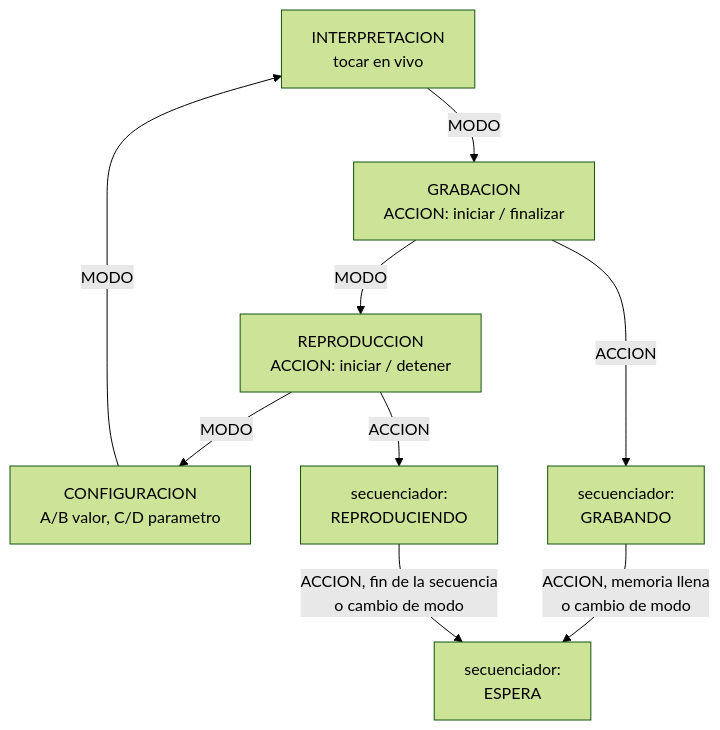
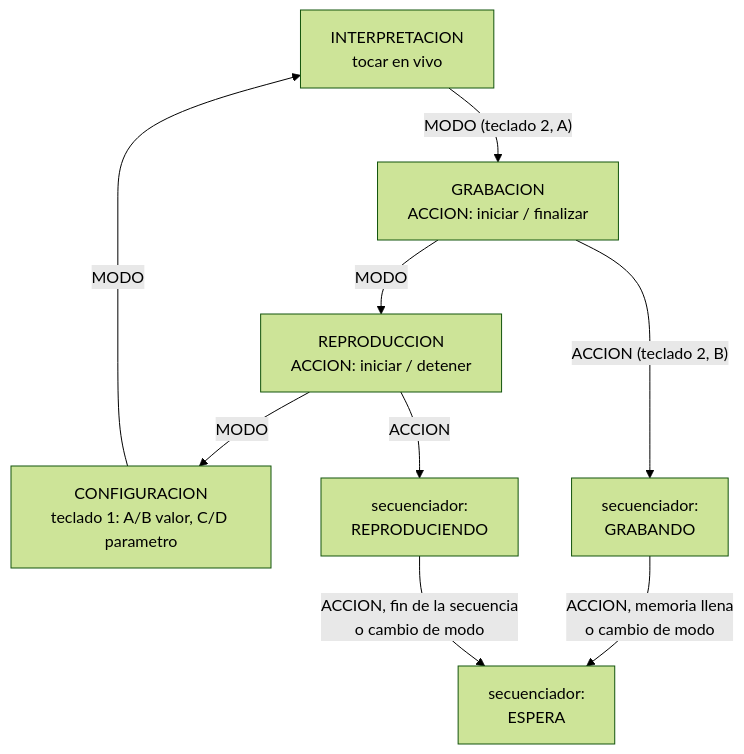
One commit to samisal123/robot-seguidor-luz-vlsi changed the diagram in docs/diagramas/modos.mmd. Above: the diagram before and after it, drawn with Mermaid (forest theme). The commit also changed 47 other files, not shown here.

Commit message:
controles en el teclado 2 y leds con el modo; se quitan la vga y los botones

```diff
--- a/docs/diagramas/modos.mmd
+++ b/docs/diagramas/modos.mmd
@@ -1,9 +1,9 @@
 flowchart TB
-    INT["INTERPRETACION<br/>tocar en vivo"] -- "MODO" --> GRA["GRABACION<br/>ACCION: iniciar / finalizar"]
+    INT["INTERPRETACION<br/>tocar en vivo"] -- "MODO (teclado 2, A)" --> GRA["GRABACION<br/>ACCION: iniciar / finalizar"]
     GRA -- "MODO" --> REP["REPRODUCCION<br/>ACCION: iniciar / detener"]
-    REP -- "MODO" --> CONF["CONFIGURACION<br/>A/B valor, C/D parametro"]
+    REP -- "MODO" --> CONF["CONFIGURACION<br/>teclado 1: A/B valor, C/D parametro"]
     CONF -- "MODO" --> INT
-    GRA -- "ACCION" --> SG["secuenciador:<br/>GRABANDO"]
+    GRA -- "ACCION (teclado 2, B)" --> SG["secuenciador:<br/>GRABANDO"]
     REP -- "ACCION" --> SR["secuenciador:<br/>REPRODUCIENDO"]
     SG -- "ACCION, memoria llena<br/>o cambio de modo" --> ESP["secuenciador:<br/>ESPERA"]
     SR -- "ACCION, fin de la secuencia<br/>o cambio de modo" --> ESP
```
